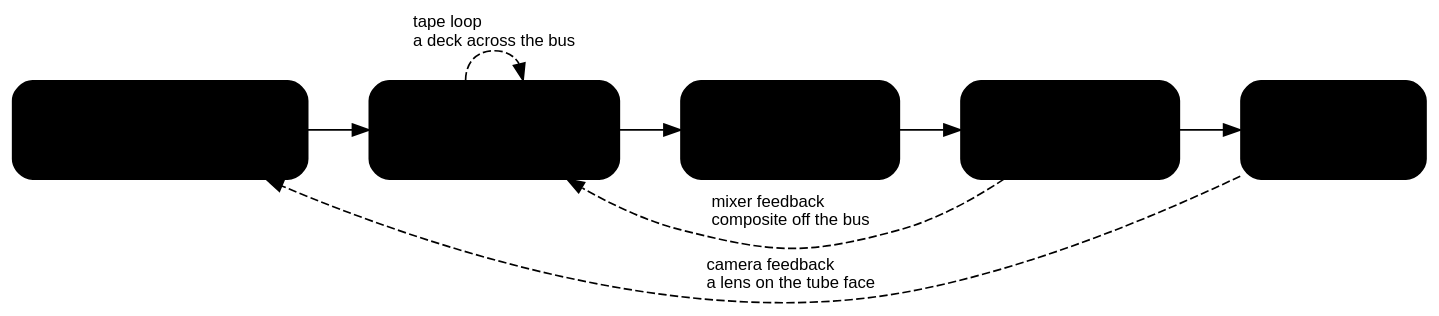
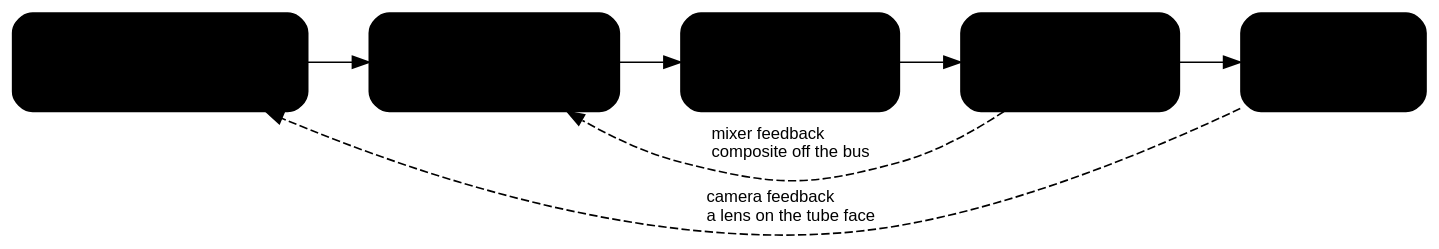
The diagram in docs/graphviz/pipeline-simple.dot (cmdcolin/videoskillet), drawn with Graphviz before and after one commit. The commit also changed 5 other files, not shown here.

```diff
--- a/docs/graphviz/pipeline-simple.dot
+++ b/docs/graphviz/pipeline-simple.dot
@@ -1,35 +1,32 @@
 // ntsc.js — the big idea in five blocks, and the same five the app draws.
 //
 // Block names are the app's trunk stages (PHASE_ORDER in src/ui/controls.ts) and
 // the three loops are its three returns (LOOP_STAGES), so a reader who meets
 // this picture and then opens the app is looking at one chain rather than two.
 // Keep them in step. The pass-level view, with the code's own cluster names, is
 // pipeline.dot.
 //
 // Colours are placeholder tokens — render with `pnpm run docs`.
 digraph ntsc_js_simple {
   rankdir=LR;
   bgcolor="transparent";
   fontname="Helvetica,Arial,sans-serif";
   node [shape=box style="rounded,filled" fontname="Helvetica,Arial,sans-serif"
         fontsize=12 color="@STROKE@" fontcolor="@FG@" penwidth=1 margin="0.22,0.14"];
   edge [fontname="Helvetica,Arial,sans-serif" fontsize=10 color="@EDGE@" fontcolor="@EDGE@"];
 
   src    [label="Source A\nyour input, and the encoder\nthat makes it a waveform" fillcolor="@SRC@"];
   mix    [label="Mix\na second input beaten\nagainst the first" fillcolor="@ENC1@"];
   chan   [label="Channel\ndamage the signal\ntape · RF · cable" fillcolor="@CH1@"];
   rx     [label="Receiver\nimperfect TV\ndecodes it → RGB" fillcolor="@RX1@"];
   screen [label="Screen\nscanline beam\non a lit tube" fillcolor="@DSP@"];
 
   src -> mix -> chan -> rx -> screen;
 
-  // The three loops, drawn where the app draws them. Each leaves the trunk at
-  // one stage and re-enters at another — except the tape, which leaves the bus
-  // and returns to it one pass later at the same node.
+  // Both loops, drawn where the app draws them: each leaves the trunk at one
+  // stage and re-enters at another.
   screen -> src [label="  camera feedback\l  a lens on the tube face\l" style=dashed
                  color="@GREEN@" fontcolor="@GREEN@" constraint=false];
   rx -> mix     [label="  mixer feedback\l  composite off the bus\l" style=dashed
                  color="@GOLD@" fontcolor="@GOLD@" constraint=false];
-  mix -> mix    [label="  tape loop\l  a deck across the bus\l" style=dashed
-                 color="@GOLD@" fontcolor="@GOLD@" constraint=false];
 }
```
